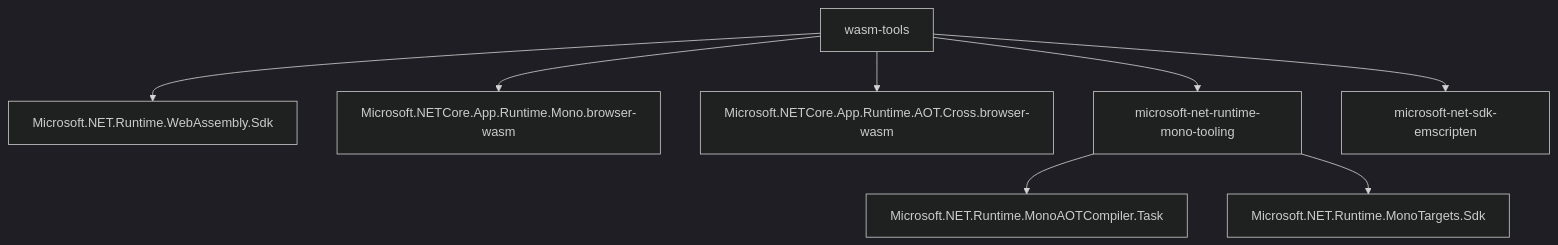
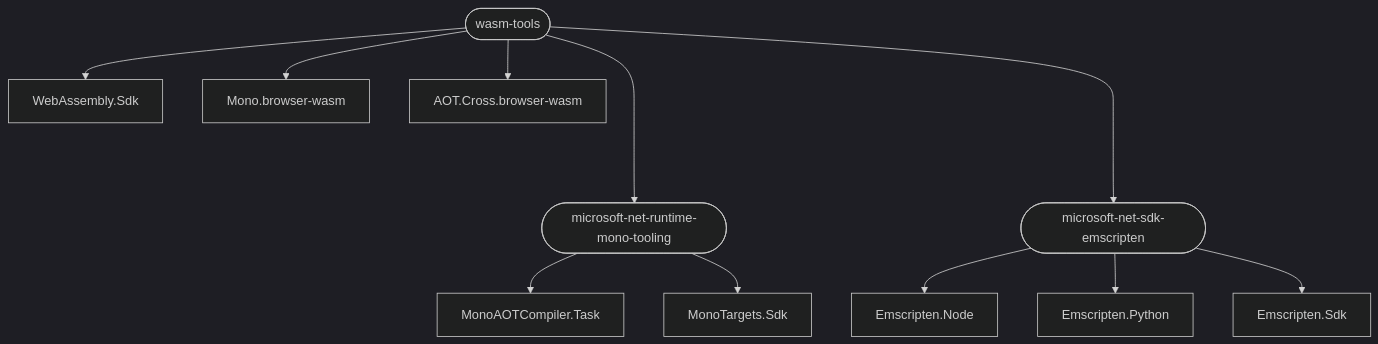
Before and after one commit to dsplaisted/WorkloadVersioningSample: the diagram in README.md, drawn with Mermaid (dark theme). The commit also changed other lines of this file, not shown here.

Commit message:
Update dependency graph

````diff
--- a/README.md
+++ b/README.md
@@ -5,10 +5,13 @@
 ```mermaid
   graph TD;
-      wasm-tools-->Microsoft.NET.Runtime.WebAssembly.Sdk;
-      wasm-tools-->Microsoft.NETCore.App.Runtime.Mono.browser-wasm;
-      wasm-tools-->Microsoft.NETCore.App.Runtime.AOT.Cross.browser-wasm;
-      wasm-tools-->microsoft-net-runtime-mono-tooling;
-      wasm-tools-->microsoft-net-sdk-emscripten;
-      microsoft-net-runtime-mono-tooling-->Microsoft.NET.Runtime.MonoAOTCompiler.Task;
-      microsoft-net-runtime-mono-tooling-->Microsoft.NET.Runtime.MonoTargets.Sdk;
+      wasm-tools([wasm-tools])-->Microsoft.NET.Runtime.WebAssembly.Sdk[WebAssembly.Sdk];
+      wasm-tools-->Microsoft.NETCore.App.Runtime.Mono.browser-wasm[Mono.browser-wasm];
+      wasm-tools-->Microsoft.NETCore.App.Runtime.AOT.Cross.browser-wasm[AOT.Cross.browser-wasm];
+      wasm-tools---->microsoft-net-runtime-mono-tooling;
+      wasm-tools---->microsoft-net-sdk-emscripten;
+      microsoft-net-runtime-mono-tooling([microsoft-net-runtime-mono-tooling])-->Microsoft.NET.Runtime.MonoAOTCompiler.Task[MonoAOTCompiler.Task];
+      microsoft-net-runtime-mono-tooling-->Microsoft.NET.Runtime.MonoTargets.Sdk[MonoTargets.Sdk];
+      microsoft-net-sdk-emscripten([microsoft-net-sdk-emscripten])-->Microsoft.NET.Runtime.Emscripten.Node[Emscripten.Node];
+      microsoft-net-sdk-emscripten-->Microsoft.NET.Runtime.Emscripten.Python[Emscripten.Python];
+      microsoft-net-sdk-emscripten-->Microsoft.NET.Runtime.Emscripten.Sdk[Emscripten.Sdk];
 ```
````
